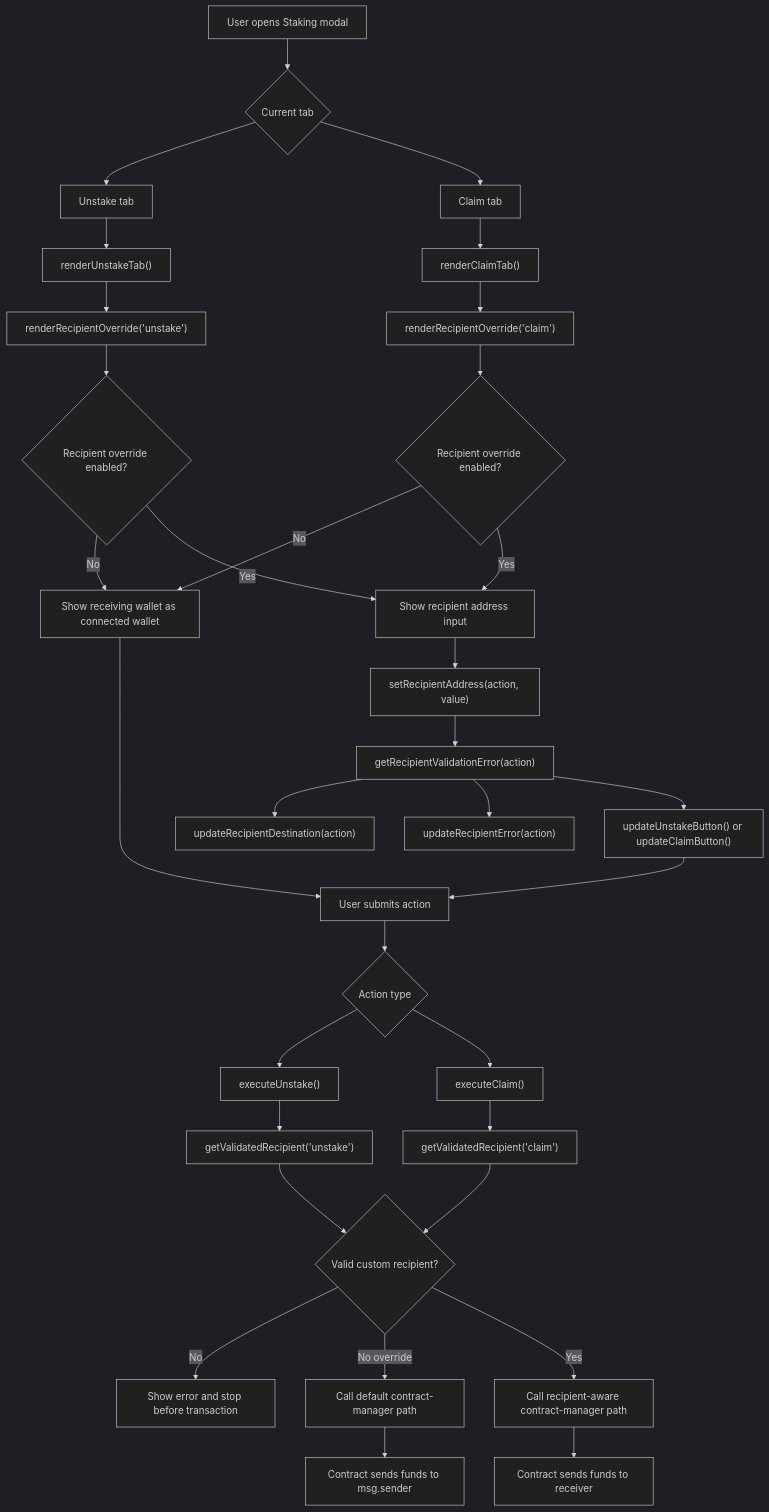
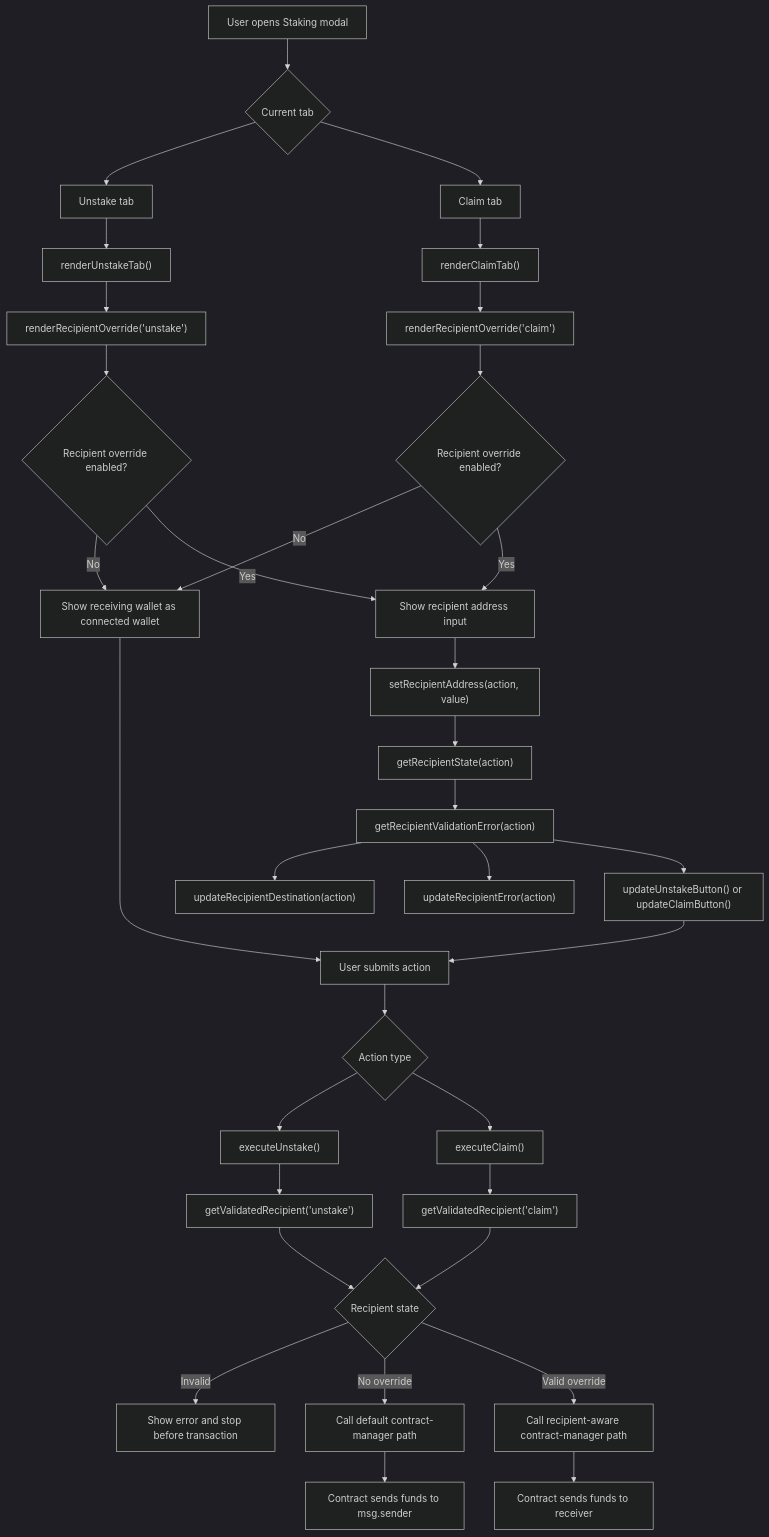
Before and after one commit to Liberdus/lib-lp-staking-frontend: the first of 3 diagrams in RECIPIENT_AWARE_UNSTAKE_CLAIM_FLOW.md, drawn with Mermaid (dark theme). The commit also changed other lines of this file, not shown here.

Commit message:
Enhance recipient-aware unstake and claim flow documentation
- Updated the documentation to reflect the addition of a fourth layer for recipient-aware unstake and claim support.
- Improved clarity on the recipient toggle functionality, including styling changes and validation error handling.
- Revised flowcharts and sequence diagrams to accurately represent the updated logic for recipient state management during unstake and claim actions.

````diff
--- a/RECIPIENT_AWARE_UNSTAKE_CLAIM_FLOW.md
+++ b/RECIPIENT_AWARE_UNSTAKE_CLAIM_FLOW.md
@@ -34,47 +45,48 @@
 ```mermaid
 flowchart TD
     A["User opens Staking modal"] --> B{"Current tab"}
     B --> C["Unstake tab"]
     B --> D["Claim tab"]
 
     C --> E["renderUnstakeTab()"]
     D --> F["renderClaimTab()"]
 
     E --> G["renderRecipientOverride('unstake')"]
     F --> H["renderRecipientOverride('claim')"]
 
     G --> I{"Recipient override enabled?"}
     H --> J{"Recipient override enabled?"}
 
     I -- "No" --> K["Show receiving wallet as connected wallet"]
     J -- "No" --> K
 
     I -- "Yes" --> L["Show recipient address input"]
     J -- "Yes" --> L
 
     L --> M["setRecipientAddress(action, value)"]
-    M --> N["getRecipientValidationError(action)"]
-    N --> O["updateRecipientDestination(action)"]
-    N --> P["updateRecipientError(action)"]
-    N --> Q["updateUnstakeButton() or updateClaimButton()"]
+    M --> N["getRecipientState(action)"]
+    N --> O["getRecipientValidationError(action)"]
+    O --> P["updateRecipientDestination(action)"]
+    O --> Q["updateRecipientError(action)"]
+    O --> R["updateUnstakeButton() or updateClaimButton()"]
 
-    K --> R["User submits action"]
-    Q --> R
+    K --> S["User submits action"]
+    R --> S
 
-    R --> S{"Action type"}
-    S --> T["executeUnstake()"]
-    S --> U["executeClaim()"]
+    S --> T{"Action type"}
+    T --> U["executeUnstake()"]
+    T --> V["executeClaim()"]
 
-    T --> V["getValidatedRecipient('unstake')"]
-    U --> W["getValidatedRecipient('claim')"]
+    U --> W["getValidatedRecipient('unstake')"]
+    V --> X["getValidatedRecipient('claim')"]
 
-    V --> X{"Valid custom recipient?"}
-    W --> X
+    W --> Y{"Recipient state"}
+    X --> Y
 
-    X -- "No" --> Y["Show error and stop before transaction"]
-    X -- "No override" --> Z["Call default contract-manager path"]
-    X -- "Yes" --> AA["Call recipient-aware contract-manager path"]
+    Y -- "Invalid" --> Z["Show error and stop before transaction"]
+    Y -- "No override" --> AA["Call default contract-manager path"]
+    Y -- "Valid override" --> AB["Call recipient-aware contract-manager path"]
 
-    Z --> AB["Contract sends funds to msg.sender"]
-    AA --> AC["Contract sends funds to receiver"]
+    AA --> AC["Contract sends funds to msg.sender"]
+    AB --> AD["Contract sends funds to receiver"]
 ```
````
